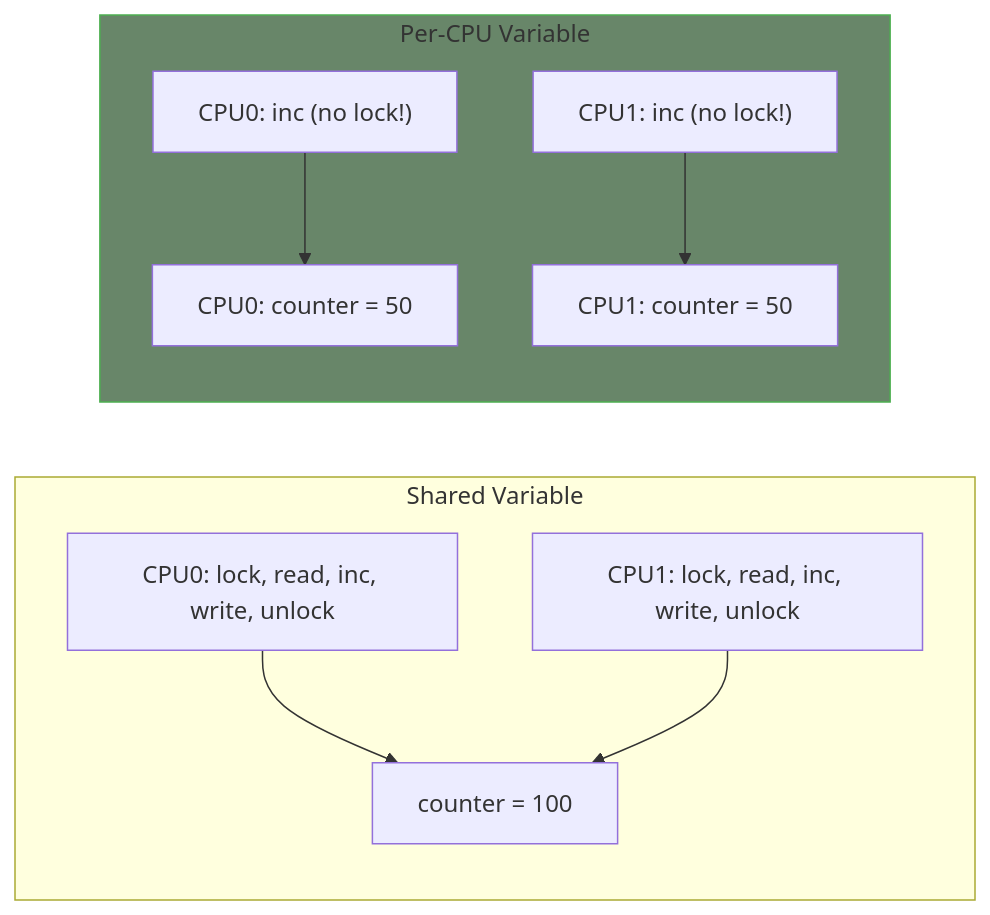
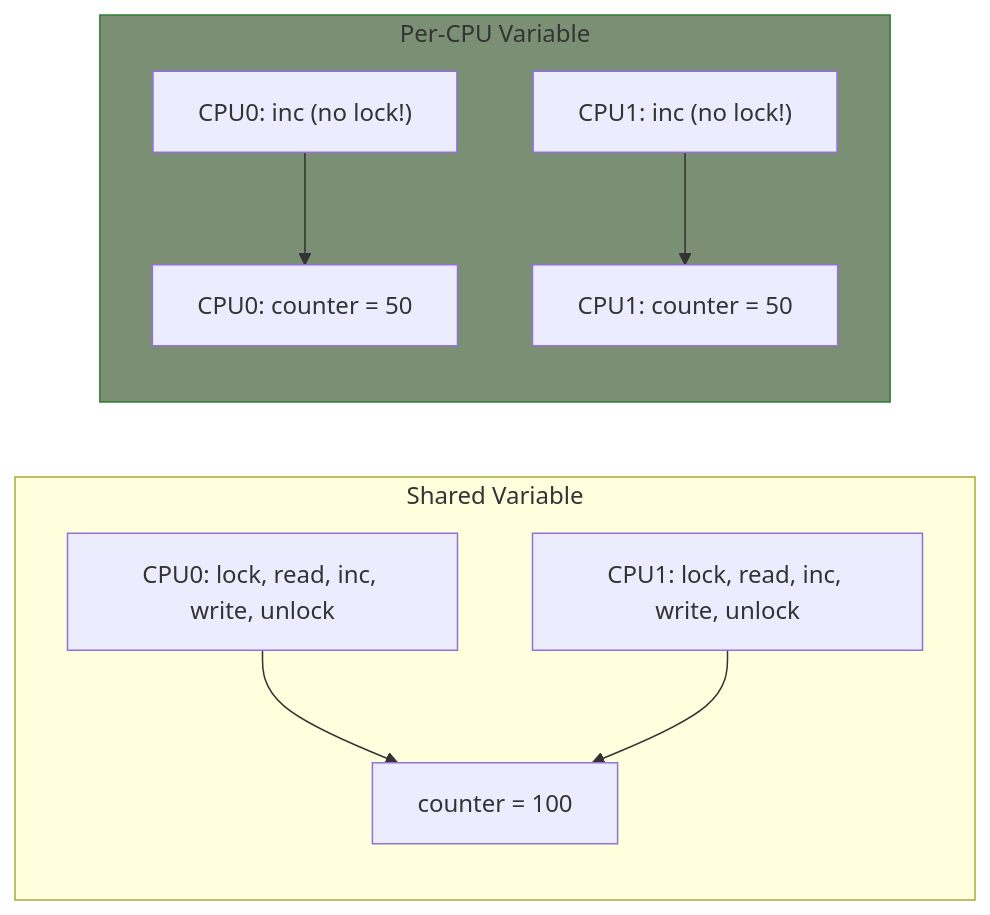
Before and after one commit to MichaelTien8901/linux-driver-guide-tutorial: the diagram in part5/04-per-cpu-variables.md, drawn with Mermaid. The commit also changed 36 other files, not shown here.

Commit message:
Fix mermaid diagram colors to use consistent paper-like theme

````diff
--- a/part5/04-per-cpu-variables.md
+++ b/part5/04-per-cpu-variables.md
@@ -14,21 +14,21 @@
 ```mermaid
 flowchart LR
     subgraph Shared["Shared Variable"]
         SV["counter = 100"]
         CPU0a["CPU0: lock, read, inc, write, unlock"]
         CPU1a["CPU1: lock, read, inc, write, unlock"]
         CPU0a --> SV
         CPU1a --> SV
     end
 
     subgraph PerCPU["Per-CPU Variable"]
         PC0["CPU0: counter = 50"]
         PC1["CPU1: counter = 50"]
         CPU0b["CPU0: inc (no lock!)"]
         CPU1b["CPU1: inc (no lock!)"]
         CPU0b --> PC0
         CPU1b --> PC1
     end
 
-    style PerCPU fill:#688669,stroke:#4caf50
+    style PerCPU fill:#7a8f73,stroke:#2e7d32
 ```
````
